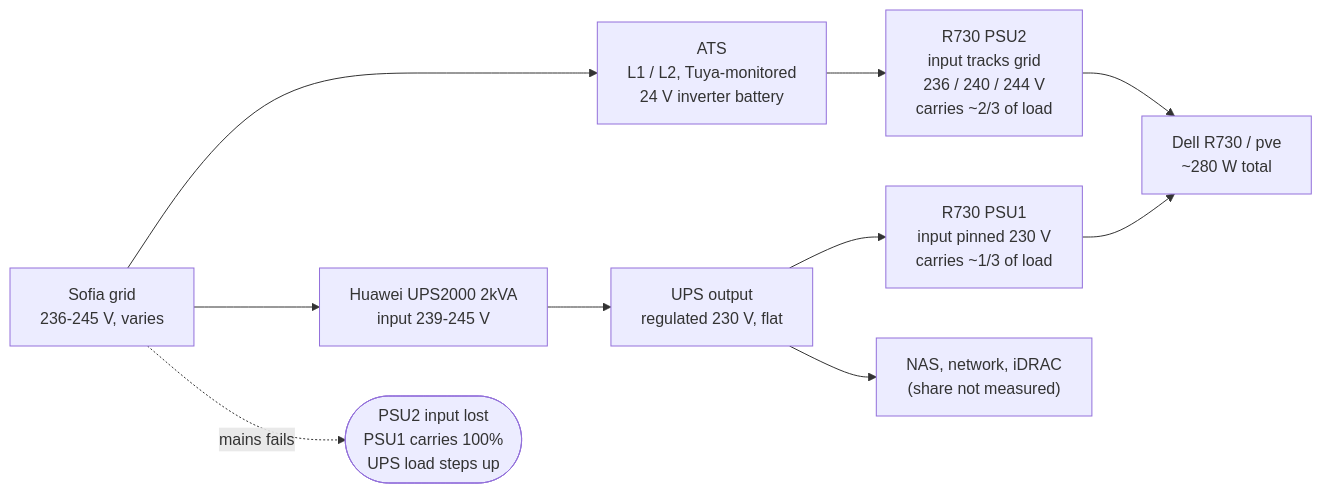
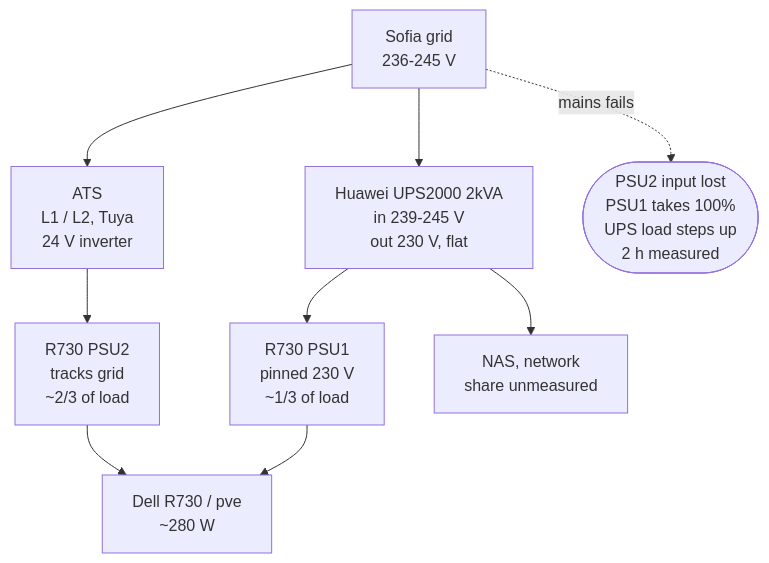
One commit to ViktorBarzin/infra changed the first of 2 diagrams in docs/plans/2026-07-18-graceful-shutdown-on-power-loss.md. Above: the diagram before and after it, drawn with Mermaid. The commit also changed other lines of this file, not shown here.

First line of the commit message:
docs: make the two power-loss diagrams fit the page column

````diff
--- a/docs/plans/2026-07-18-graceful-shutdown-on-power-loss.md
+++ b/docs/plans/2026-07-18-graceful-shutdown-on-power-loss.md
@@ -110,13 +110,12 @@
 ```mermaid
-flowchart LR
-    GRID["Sofia grid<br/>236-245 V, varies"] --> ATS["ATS<br/>L1 / L2, Tuya-monitored<br/>24 V inverter battery"]
-    GRID --> UPSIN["Huawei UPS2000 2kVA<br/>input 239-245 V"]
-    UPSIN --> UPSOUT["UPS output<br/>regulated 230 V, flat"]
-    ATS --> PS2["R730 PSU2<br/>input tracks grid<br/>236 / 240 / 244 V<br/>carries ~2/3 of load"]
-    UPSOUT --> PS1["R730 PSU1<br/>input pinned 230 V<br/>carries ~1/3 of load"]
-    UPSOUT --> OTHER["NAS, network, iDRAC<br/>(share not measured)"]
-    PS1 --> R730["Dell R730 / pve<br/>~280 W total"]
+flowchart TD
+    GRID["Sofia grid<br/>236-245 V"]
+    GRID --> ATS["ATS<br/>L1 / L2, Tuya<br/>24 V inverter"]
+    GRID --> UPS["Huawei UPS2000 2kVA<br/>in 239-245 V<br/>out 230 V, flat"]
+    ATS --> PS2["R730 PSU2<br/>tracks grid<br/>~2/3 of load"]
+    UPS --> PS1["R730 PSU1<br/>pinned 230 V<br/>~1/3 of load"]
+    UPS --> OTHER["NAS, network<br/>share unmeasured"]
+    PS1 --> R730["Dell R730 / pve<br/>~280 W"]
     PS2 --> R730
-
-    GRID -. "mains fails" .-> X(["PSU2 input lost<br/>PSU1 carries 100%<br/>UPS load steps up"])
+    GRID -. "mains fails" .-> X(["PSU2 input lost<br/>PSU1 takes 100%<br/>UPS load steps up<br/>2 h measured"])
 ```
````
